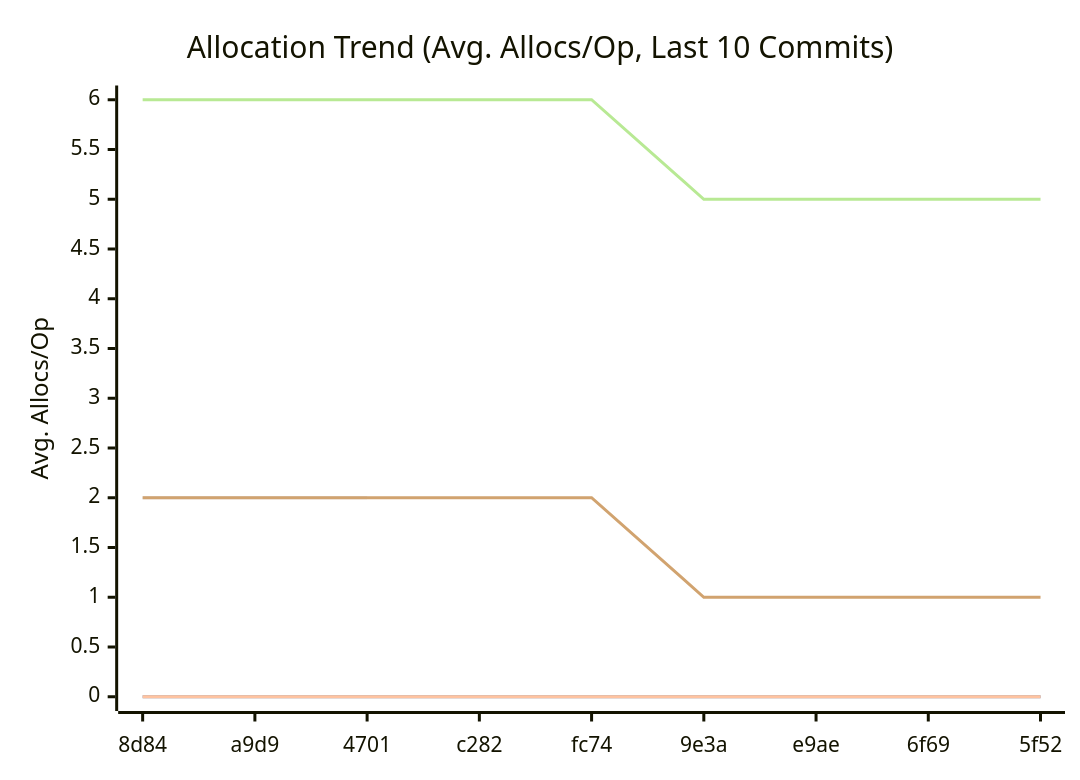
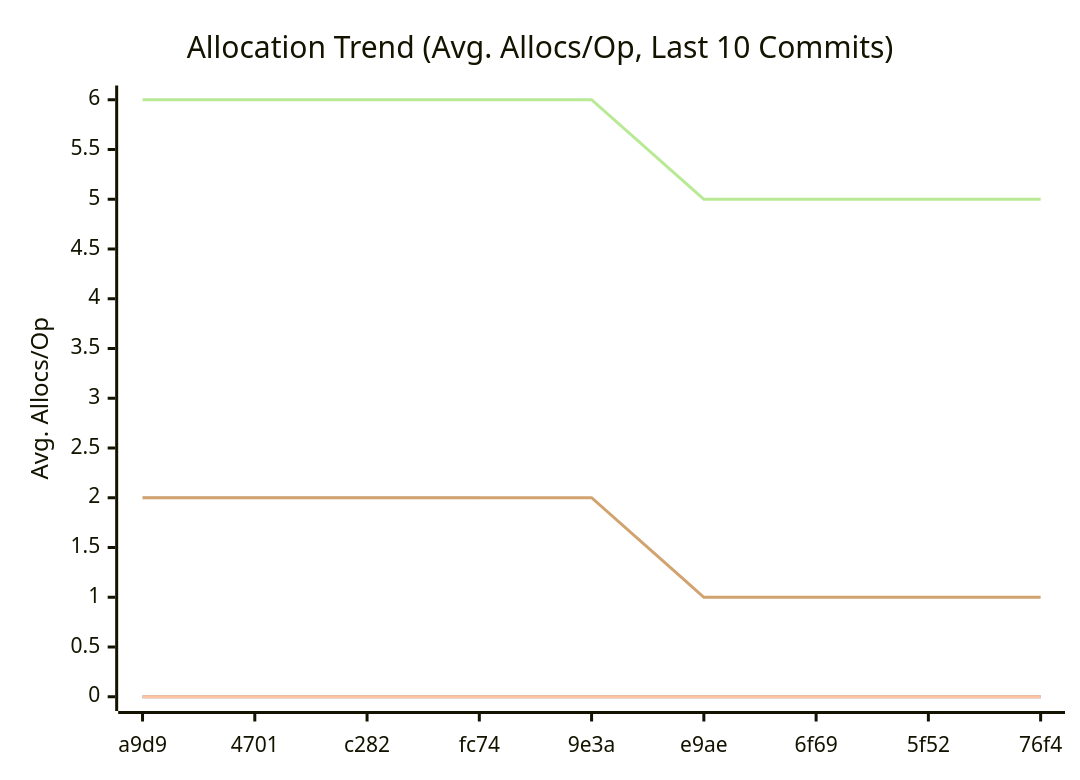
The third of 3 diagrams in doc/README.md (alsotoes/momo), drawn with Mermaid before and after one commit. The commit also changed other lines of this file and 1 other file, not shown here.

````diff
--- a/doc/README.md
+++ b/doc/README.md
@@ -321,13 +321,13 @@
 ```mermaid
 xychart-beta
     title "Allocation Trend (Avg. Allocs/Op, Last 10 Commits)"
     x-axis "Commit"
     y-axis "Avg. Allocs/Op"
-    x-axis [8d84,a9d9,4701,c282,fc74,9e3a,e9ae,6f69,5f52]
+    x-axis [a9d9,4701,c282,fc74,9e3a,e9ae,6f69,5f52,76f4]
     line "CheckMetricsAndSwap" [0,0,0,0,0,0,0,0,0,0]
     line "IndexDirectTracking" [0,0,0,0,0,0,0,0,0,0]
     line "IndexSearch" [0,0,0,0,0,0,0,0,0,0]
-    line "PadString" [2,2,2]
+    line "PadString" [2,2,2,2]
     line "ParseReplicationOrder_NoPrealloc" [6,6,6,6,6,5,5,5,5,5]
     line "ParseReplicationOrder_Prealloc" [2,2,2,2,2,1,1,1,1,1]
 ```
````
